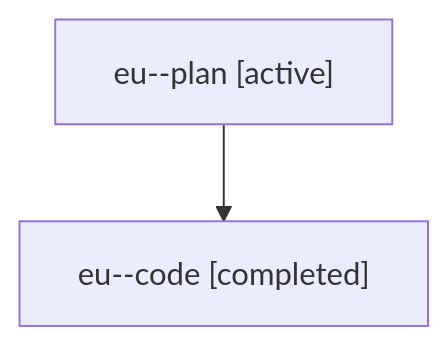
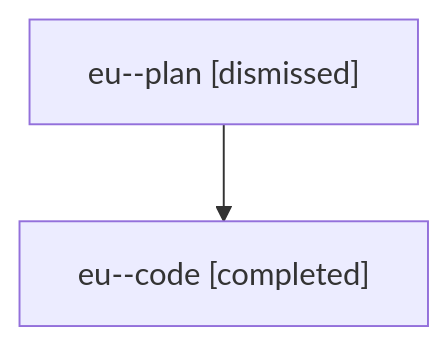
The diagram in sessions/bbugyi200.athena.eu.md (sase-org/sase--agents), drawn with Mermaid before and after one commit. The commit also changed other lines of this file and 18 other files, not shown here.

````diff
--- a/sessions/bbugyi200.athena.eu.md
+++ b/sessions/bbugyi200.athena.eu.md
@@ -9,6 +9,6 @@
 ```mermaid
 flowchart TD
-  n0["eu--plan [active]"]
+  n0["eu--plan [dismissed]"]
   n1["eu--code [completed]"]
   n0 --> n1
 ```
````
